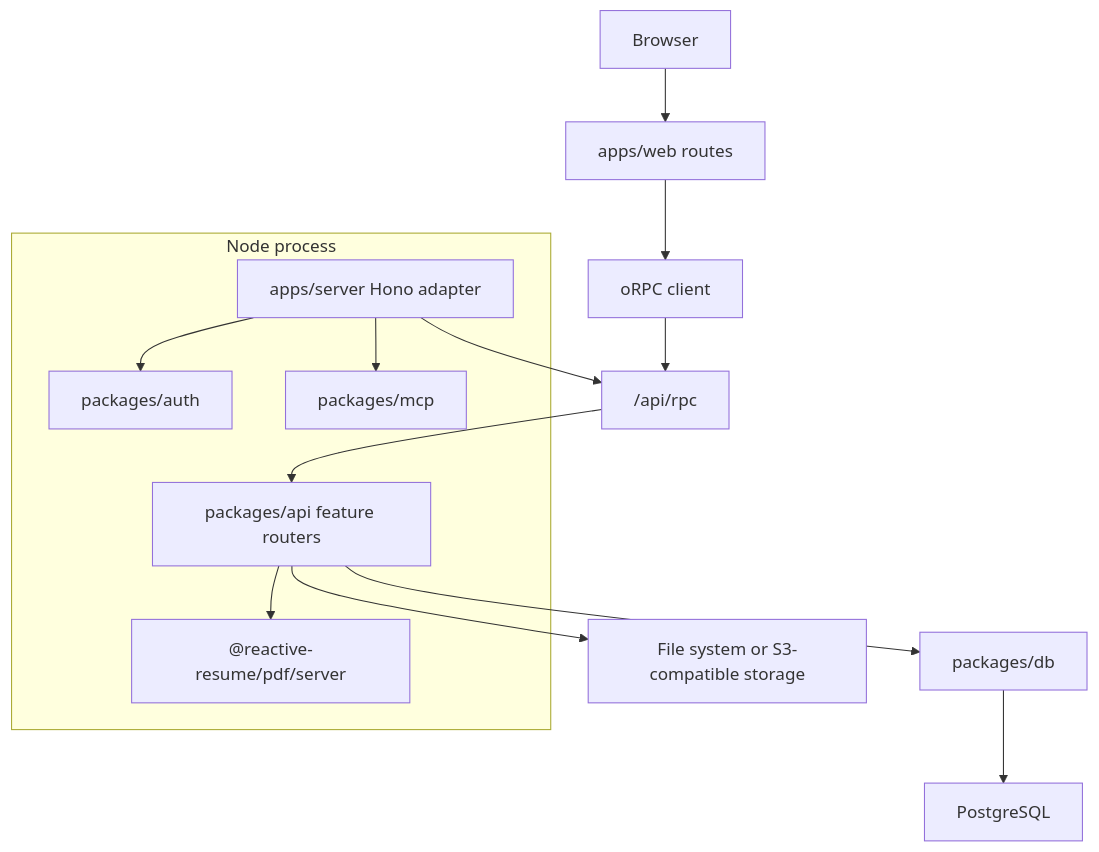
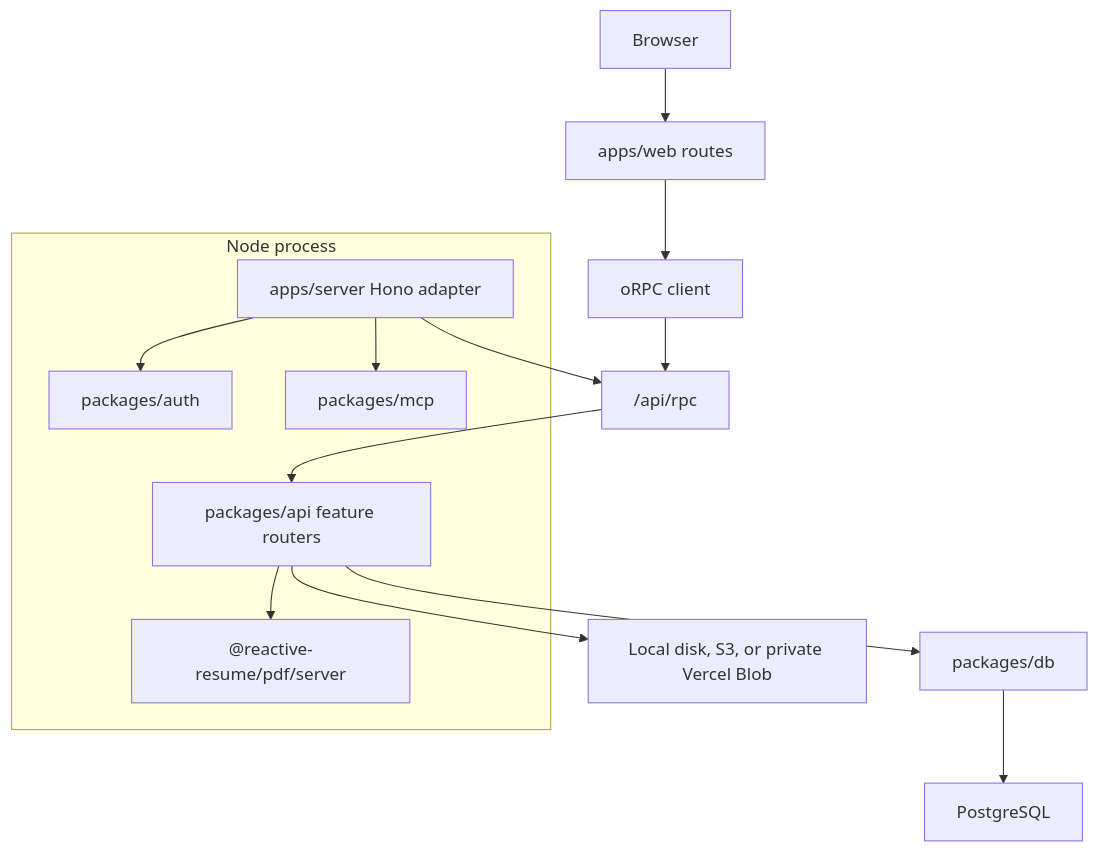
One commit to mexicanamerican/Reactive-Resume changed the diagram in docs/contributing/architecture.mdx. Above: the diagram before and after it, drawn with Mermaid. The commit also changed other lines of this file and 181 other files, not shown here.

````diff
--- a/docs/contributing/architecture.mdx
+++ b/docs/contributing/architecture.mdx
@@ -14,23 +14,23 @@
 ```mermaid
 flowchart TD
   Browser["Browser"] --> WebRoutes["apps/web routes"]
   WebRoutes --> ORPCClient["oRPC client"]
   ORPCClient --> RPC["/api/rpc"]
 
   subgraph NodeProcess["Node process"]
     Server["apps/server Hono adapter"]
     API["packages/api feature routers"]
     Auth["packages/auth"]
     MCP["packages/mcp"]
     PDFServer["@reactive-resume/pdf/server"]
   end
 
   Server --> RPC
   RPC --> API
   Server --> Auth
   Server --> MCP
   API --> PDFServer
   API --> DB["packages/db"]
-  API --> Storage["File system or S3-compatible storage"]
+  API --> Storage["Local disk, S3, or private Vercel Blob"]
   DB --> Postgres["PostgreSQL"]
 ```
````
